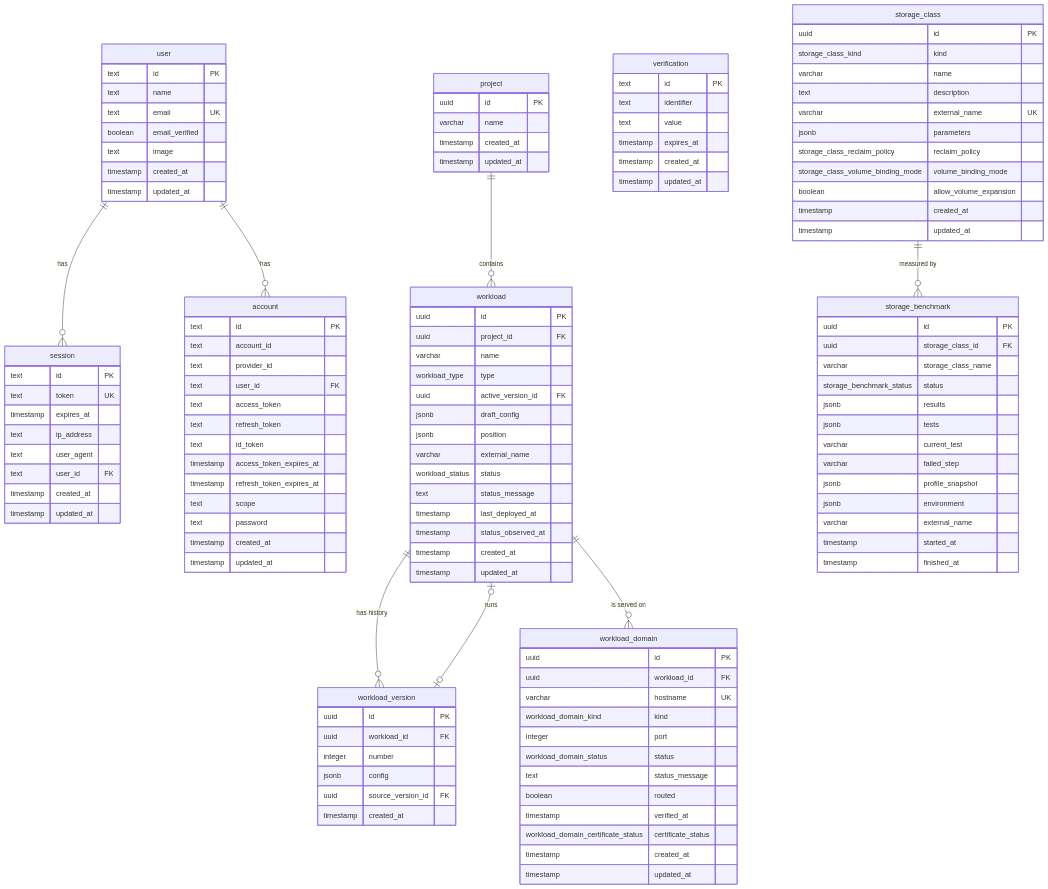
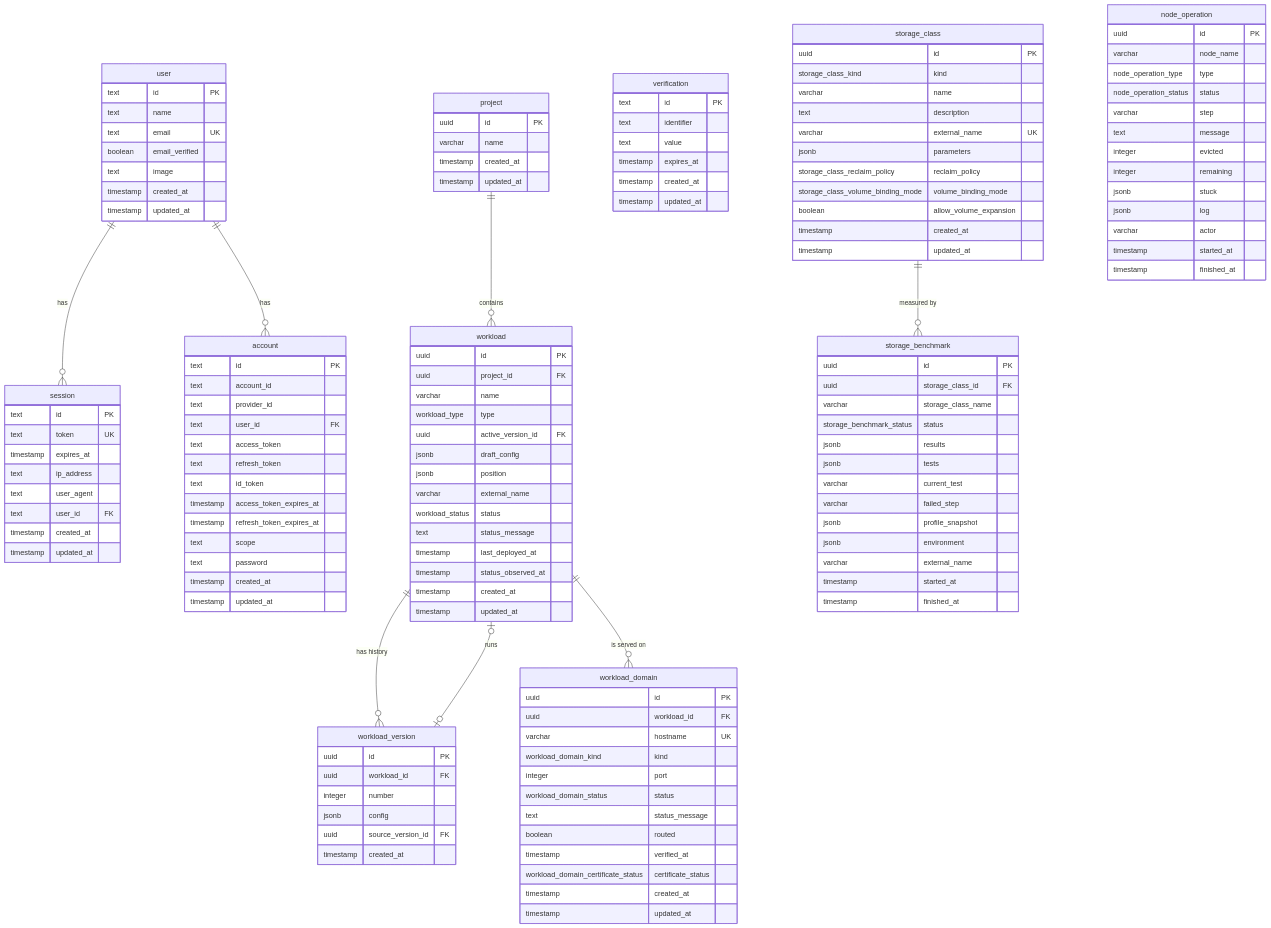
The diagram in docs/DATABASE.md (acceleratio-cloud/core), drawn with Mermaid before and after one commit. The commit also changed other lines of this file and 53 other files, not shown here.

````diff
--- a/docs/DATABASE.md
+++ b/docs/DATABASE.md
@@ -147,4 +147,19 @@
         timestamp started_at
         timestamp finished_at
     }
+    node_operation {
+        uuid id PK
+        varchar node_name
+        node_operation_type type
+        node_operation_status status
+        varchar step
+        text message
+        integer evicted
+        integer remaining
+        jsonb stuck
+        jsonb log
+        varchar actor
+        timestamp started_at
+        timestamp finished_at
+    }
 ```
````
